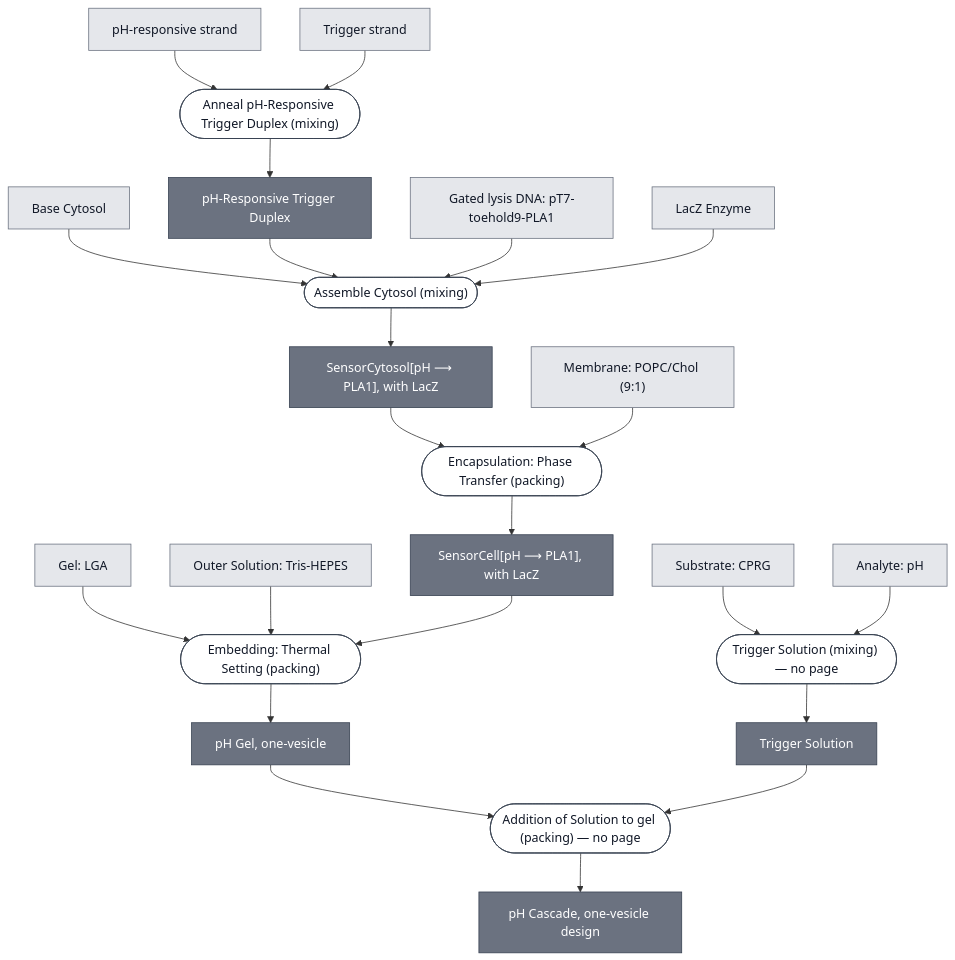
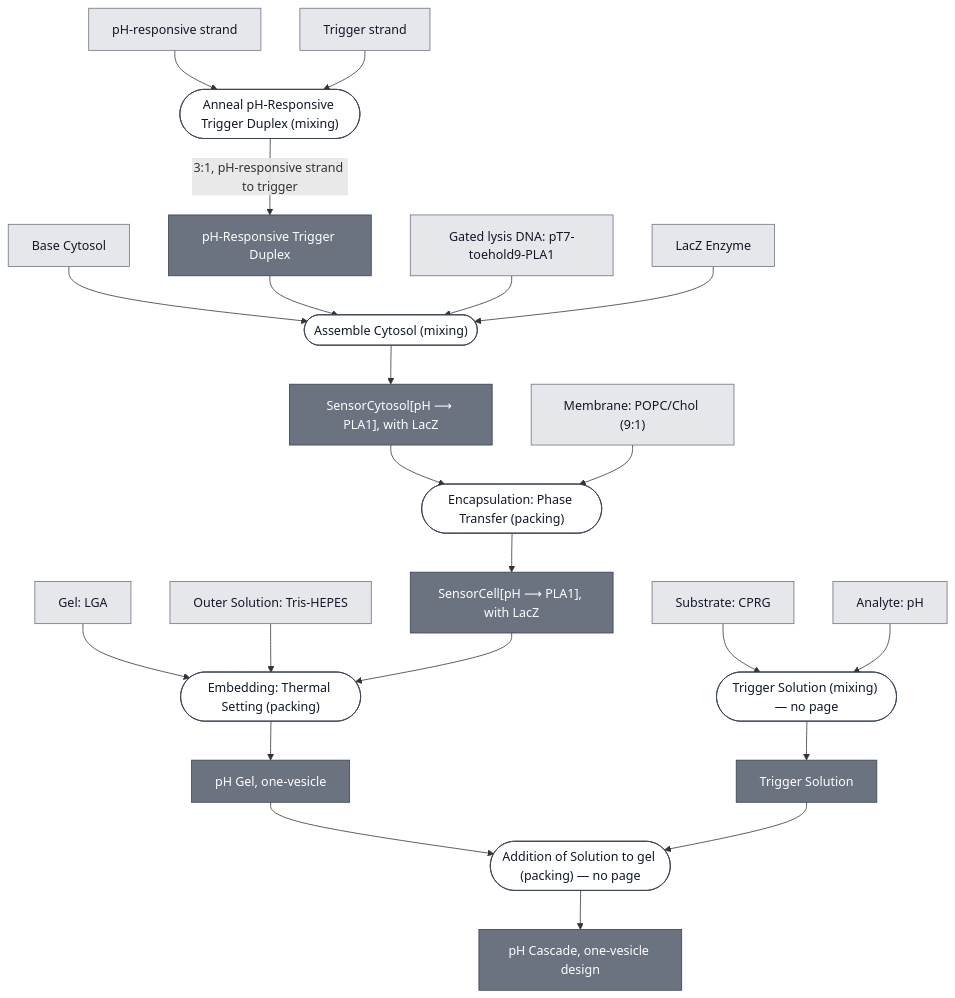
One commit to nucleus-eng/nucleus-docs changed the diagram in docs/modules/ph-cascade-one-vesicle/spec.md. Above: the diagram before and after it, drawn with Mermaid. The commit also changed 25 other files, not shown here.

````diff
--- a/docs/modules/ph-cascade-one-vesicle/spec.md
+++ b/docs/modules/ph-cascade-one-vesicle/spec.md
@@ -33,74 +33,74 @@
 ```mermaid
 flowchart TD
     BASE_CYTOSOL["Base Cytosol"]
     PH_RESPONSIVE_SSDNA["pH-responsive strand"]
     TRIGGER_SSDNA["Trigger strand"]
     EFFECTOR_PLA1_TOEHOLD["Gated lysis DNA: pT7-toehold9-PLA1"]
     REPORTER_LACZ_ENZYME["LacZ Enzyme"]
     MEMBRANE_POPC_CHOL_9_1["Membrane: POPC/Chol (9:1)"]
     SUBSTRATE_CPRG["Substrate: CPRG"]
     LGA_POWDER["Gel: LGA"]
     OUTER_SOLUTION_TRIS_HEPES["Outer Solution: Tris-HEPES"]
     ANALYTE_PH["Analyte: pH"]
 
     P1_ANNEAL_TRIGGER_DUPLEX_0(["Anneal pH-Responsive Trigger Duplex (mixing)"])
     PH_TRIGGER_DUPLEX["pH-Responsive Trigger Duplex"]
     P2_ASSEMBLE_CYTOSOL_0(["Assemble Cytosol (mixing)"])
     PH_SENSOR_CYTOSOL_WITH_ENZYME["SensorCytosol[pH ⟶ PLA1], with LacZ"]
     P3_ENCAPSULATE_0(["Encapsulation: Phase Transfer (packing)"])
     PH_SENSING_CELL_WITH_ENZYME["SensorCell[pH ⟶ PLA1], with LacZ"]
     P4_EMBED_AGAROSE_0(["Embedding: Thermal Setting (packing)"])
     PH_GEL_ONE_VESICLE["pH Gel, one-vesicle"]
     P5_ASSEMBLE_TRIGGER_SOLUTION_0(["Trigger Solution (mixing) — no page"])
     PH_TRIGGER_SOLUTION["Trigger Solution"]
     P6_DOSE_TRIGGER_SOLUTION_0(["Addition of Solution to gel (packing) — no page"])
     PH_CASCADE_ONE_VESICLE["pH Cascade, one-vesicle design"]
 
     PH_RESPONSIVE_SSDNA --> P1_ANNEAL_TRIGGER_DUPLEX_0
     TRIGGER_SSDNA --> P1_ANNEAL_TRIGGER_DUPLEX_0
-    P1_ANNEAL_TRIGGER_DUPLEX_0 --> PH_TRIGGER_DUPLEX
+    P1_ANNEAL_TRIGGER_DUPLEX_0 -->|"3:1, pH-responsive strand to trigger"| PH_TRIGGER_DUPLEX
 
     BASE_CYTOSOL --> P2_ASSEMBLE_CYTOSOL_0
     PH_TRIGGER_DUPLEX --> P2_ASSEMBLE_CYTOSOL_0
     EFFECTOR_PLA1_TOEHOLD --> P2_ASSEMBLE_CYTOSOL_0
     REPORTER_LACZ_ENZYME --> P2_ASSEMBLE_CYTOSOL_0
     P2_ASSEMBLE_CYTOSOL_0 --> PH_SENSOR_CYTOSOL_WITH_ENZYME
 
     PH_SENSOR_CYTOSOL_WITH_ENZYME --> P3_ENCAPSULATE_0
     MEMBRANE_POPC_CHOL_9_1 --> P3_ENCAPSULATE_0
     P3_ENCAPSULATE_0 --> PH_SENSING_CELL_WITH_ENZYME
 
     LGA_POWDER --> P4_EMBED_AGAROSE_0
     OUTER_SOLUTION_TRIS_HEPES --> P4_EMBED_AGAROSE_0
     PH_SENSING_CELL_WITH_ENZYME --> P4_EMBED_AGAROSE_0
     P4_EMBED_AGAROSE_0 --> PH_GEL_ONE_VESICLE
 
     SUBSTRATE_CPRG --> P5_ASSEMBLE_TRIGGER_SOLUTION_0
     ANALYTE_PH --> P5_ASSEMBLE_TRIGGER_SOLUTION_0
     P5_ASSEMBLE_TRIGGER_SOLUTION_0 --> PH_TRIGGER_SOLUTION
 
     PH_GEL_ONE_VESICLE --> P6_DOSE_TRIGGER_SOLUTION_0
     PH_TRIGGER_SOLUTION --> P6_DOSE_TRIGGER_SOLUTION_0
     P6_DOSE_TRIGGER_SOLUTION_0 --> PH_CASCADE_ONE_VESICLE
 
 
     classDef leaf     fill:#e5e7eb,stroke:#6b7280,color:#111827;
     classDef composed fill:#6b7280,stroke:#374151,color:#ffffff;
     classDef process  fill:#ffffff,stroke:#374151,color:#111827;
     class BASE_CYTOSOL,PH_RESPONSIVE_SSDNA,TRIGGER_SSDNA,EFFECTOR_PLA1_TOEHOLD,REPORTER_LACZ_ENZYME,MEMBRANE_POPC_CHOL_9_1,SUBSTRATE_CPRG,LGA_POWDER,OUTER_SOLUTION_TRIS_HEPES,ANALYTE_PH leaf;
     class PH_TRIGGER_DUPLEX,PH_SENSOR_CYTOSOL_WITH_ENZYME,PH_SENSING_CELL_WITH_ENZYME,PH_GEL_ONE_VESICLE,PH_TRIGGER_SOLUTION,PH_CASCADE_ONE_VESICLE composed;
     class P1_ANNEAL_TRIGGER_DUPLEX_0,P2_ASSEMBLE_CYTOSOL_0,P3_ENCAPSULATE_0,P4_EMBED_AGAROSE_0,P5_ASSEMBLE_TRIGGER_SOLUTION_0,P6_DOSE_TRIGGER_SOLUTION_0 process;
 
     click BASE_CYTOSOL "/docs/modules/base-cytosol/spec"
     click REPORTER_LACZ_ENZYME "/docs/modules/reporter-lacz-enzyme/spec"
     click MEMBRANE_POPC_CHOL_9_1 "/docs/modules/membrane-popc-chol-9-1/spec"
     click SUBSTRATE_CPRG "/docs/modules/substrate-cprg/spec"
     click LGA_POWDER "/docs/modules/gel-lga/spec"
     click OUTER_SOLUTION_TRIS_HEPES "/docs/modules/outer-solution-tris-hepes/spec"
     click ANALYTE_PH "/docs/modules/analyte-ph/spec"
     click P1_ANNEAL_TRIGGER_DUPLEX_0 "/docs/processes/anneal-ph-trigger-duplex/main"
     click P2_ASSEMBLE_CYTOSOL_0 "/docs/processes/assemble-cytosol/assemble-cytosol-main"
     click P3_ENCAPSULATE_0 "/docs/processes/assemble-base-cell/main"
     click P4_EMBED_AGAROSE_0 "/docs/processes/embed-thermal-setting/main"
     click PH_CASCADE_ONE_VESICLE "/docs/modules/ph-cascade-one-vesicle/spec"
 ```
````
